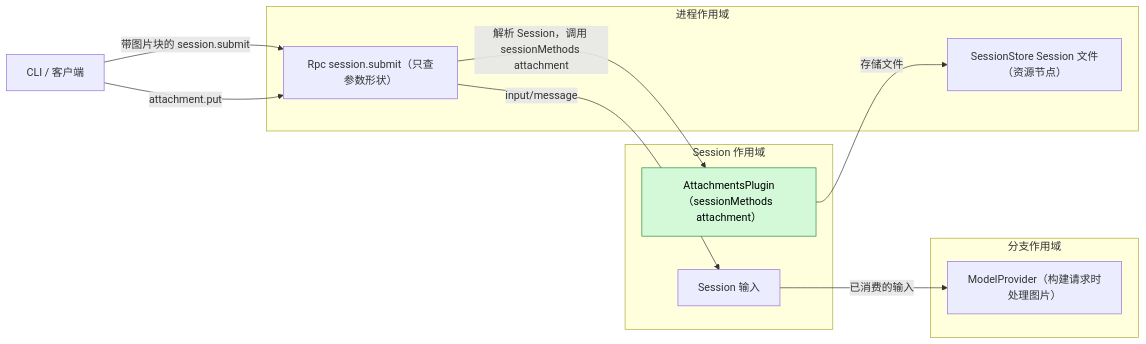
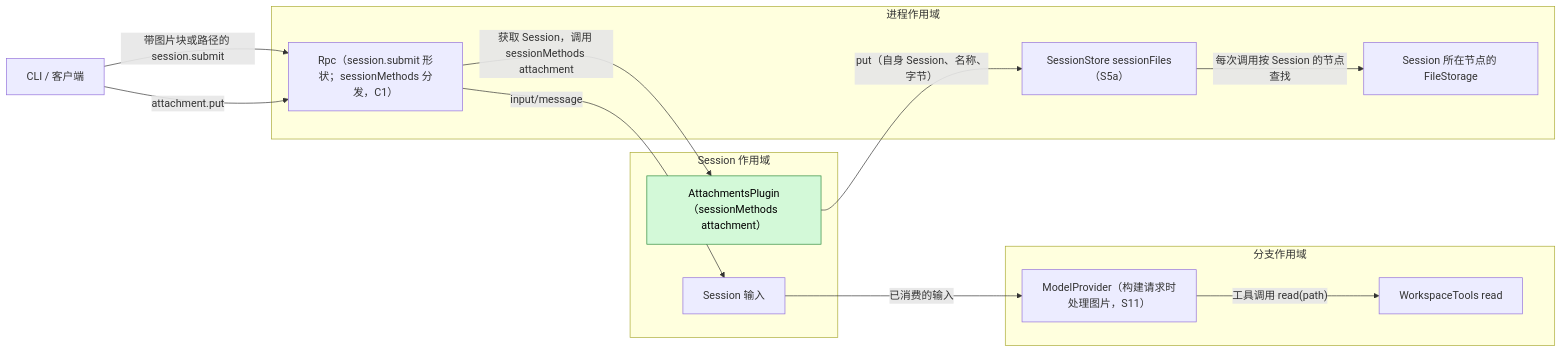
Before and after one commit to CoutinhoTTS/dim-agent: the first of 3 diagrams in docs/zh/design/plugins/Attachments.md, drawn with Mermaid. The commit also changed other lines of this file and 3 other files, not shown here.

````diff
--- a/docs/zh/design/plugins/Attachments.md
+++ b/docs/zh/design/plugins/Attachments.md
@@ -11,22 +11,26 @@
 ```mermaid
 flowchart LR
   CLI["CLI / 客户端"]
   subgraph P["进程作用域"]
-    RPC["Rpc session.submit（只查参数形状）"]
-    SS["SessionStore Session 文件（资源节点）"]
+    RPC["Rpc（session.submit 形状；sessionMethods 分发，C1）"]
+    SS["SessionStore sessionFiles（S5a）"]
+    FS["Session 所在节点的 FileStorage"]
   end
   subgraph S["Session 作用域"]
     AT["AttachmentsPlugin（sessionMethods attachment）"]:::new
     SI["Session 输入"]
   end
   subgraph B["分支作用域"]
-    MP["ModelProvider（构建请求时处理图片）"]
+    MP["ModelProvider（构建请求时处理图片，S11）"]
+    WT["WorkspaceTools read"]
   end
-  CLI -- "带图片块的 session.submit" --> RPC
+  CLI -- "带图片块或路径的 session.submit" --> RPC
   CLI -- "attachment.put" --> RPC
-  RPC -- "解析 Session，调用 sessionMethods attachment" --> AT
-  AT -- "存储文件" --> SS
+  RPC -- "获取 Session，调用 sessionMethods attachment" --> AT
+  AT -- "put（自身 Session、名称、字节）" --> SS
+  SS -- "每次调用按 Session 的节点查找" --> FS
   RPC -- "input/message" --> SI
   SI -- "已消费的输入" --> MP
+  MP -- "工具调用 read(path)" --> WT
   classDef new fill:#d3f9d8,stroke:#2b8a3e,color:#000
 ```
````
